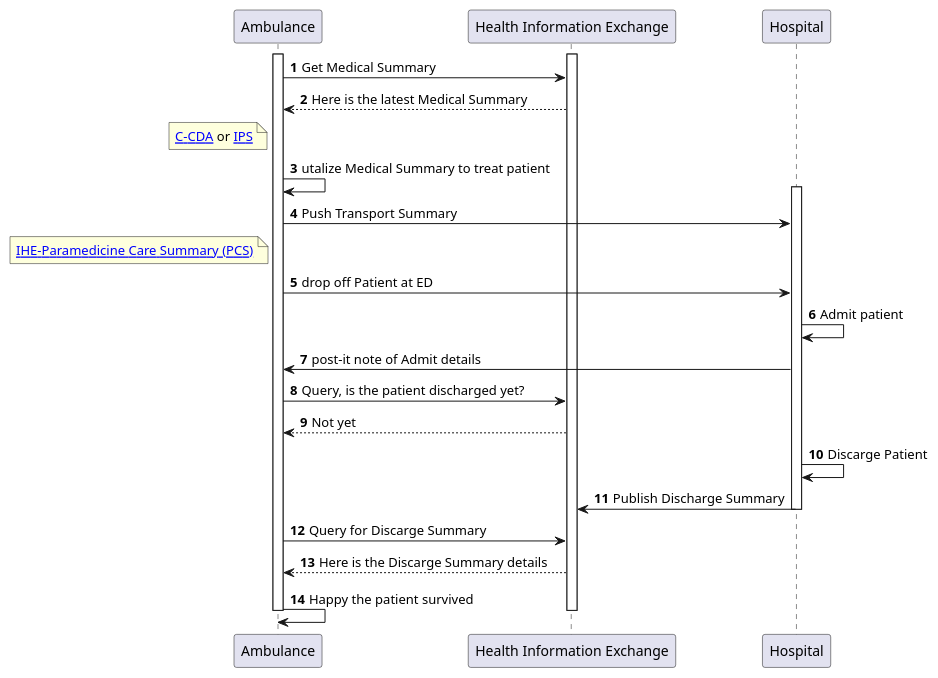
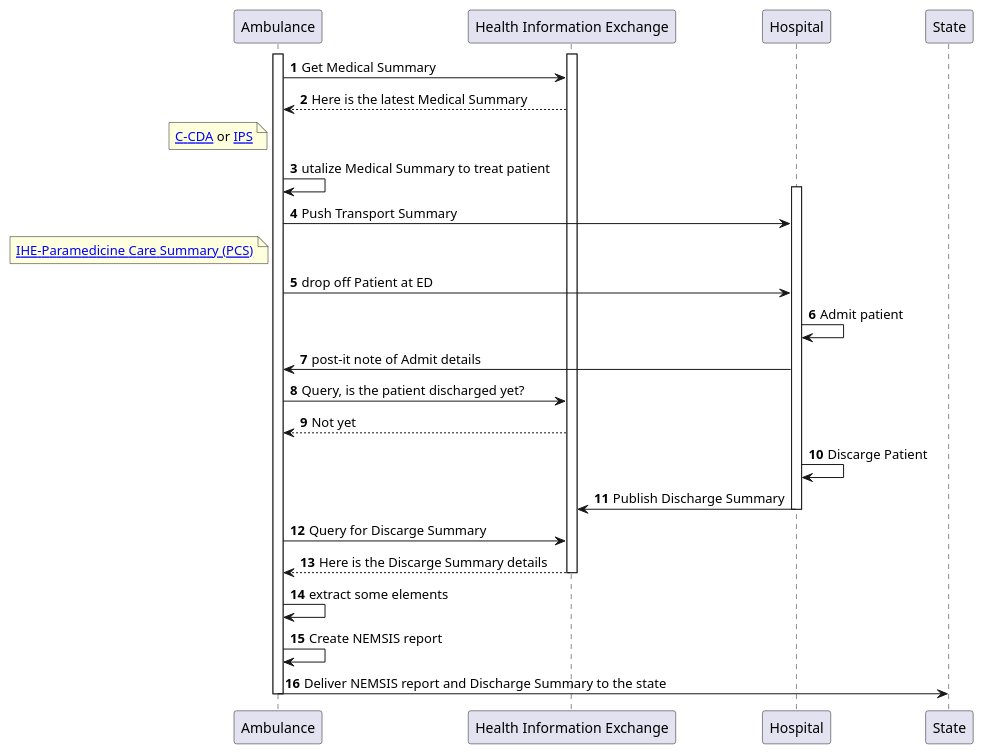
One commit to IHE/EMS-Overall changed the diagram in input/images-source/usecase1-processflow.plantuml. Above: the diagram before and after it, drawn with PlantUML.

Commit message:
Add post discharge flow

```diff
--- a/input/images-source/usecase1-processflow.plantuml
+++ b/input/images-source/usecase1-processflow.plantuml
@@ -1,36 +1,40 @@
 @startuml
 participant "Ambulance" as Ambulance
 participant "Health Information Exchange" as HIE [[https://profiles.ihe.net/ITI/HIE-Whitepaper/index.html HIE-Whitepaper]]
 autonumber
 activate Ambulance
 activate HIE
 Ambulance -> HIE: Get Medical Summary
 Ambulance <-- HIE: Here is the latest Medical Summary
 Note left of Ambulance: [[https://www.hl7.org/ccdasearch/ C-CDA]] or [[https://hl7.org/fhir/uv/ips/ IPS]]
 
 Ambulance -> Ambulance: utalize Medical Summary to treat patient
 
 activate Hospital
 Ambulance -> Hospital: Push Transport Summary 
 Note left of Ambulance: [[https://www.ihe.net//uploadedFiles/Documents/PCC/IHE_PCC_Suppl_PCS.pdf IHE-Paramedicine Care Summary (PCS)]]
 
 Ambulance -> Hospital: drop off Patient at ED
 
 Hospital-> Hospital: Admit patient
 
 Hospital -> Ambulance: post-it note of Admit details
 
 Ambulance -> HIE: Query, is the patient discharged yet? 
 Ambulance <-- HIE: Not yet
 
 Hospital -> Hospital: Discarge Patient
 Hospital -> HIE: Publish Discharge Summary
 deactivate Hospital
 
 Ambulance -> HIE: Query for Discarge Summary
 Ambulance <-- HIE: Here is the Discarge Summary details
+deactivate HIE
 
-Ambulance -> Ambulance: Happy the patient survived
+Ambulance -> Ambulance: extract some elements
+Ambulance -> Ambulance: Create NEMSIS report
+Ambulance -> State: Deliver NEMSIS report and Discharge Summary to the state
+
 deactivate Ambulance
-deactivate HIE
+
 @enduml
```
